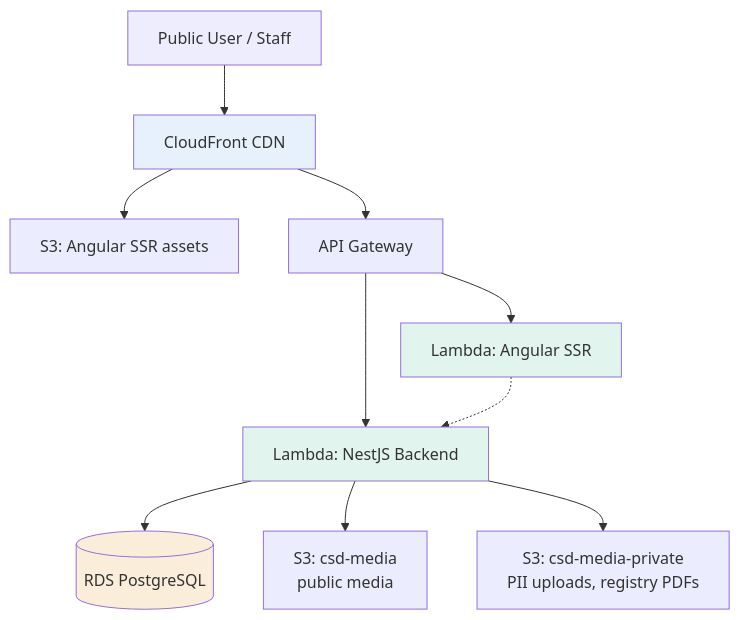
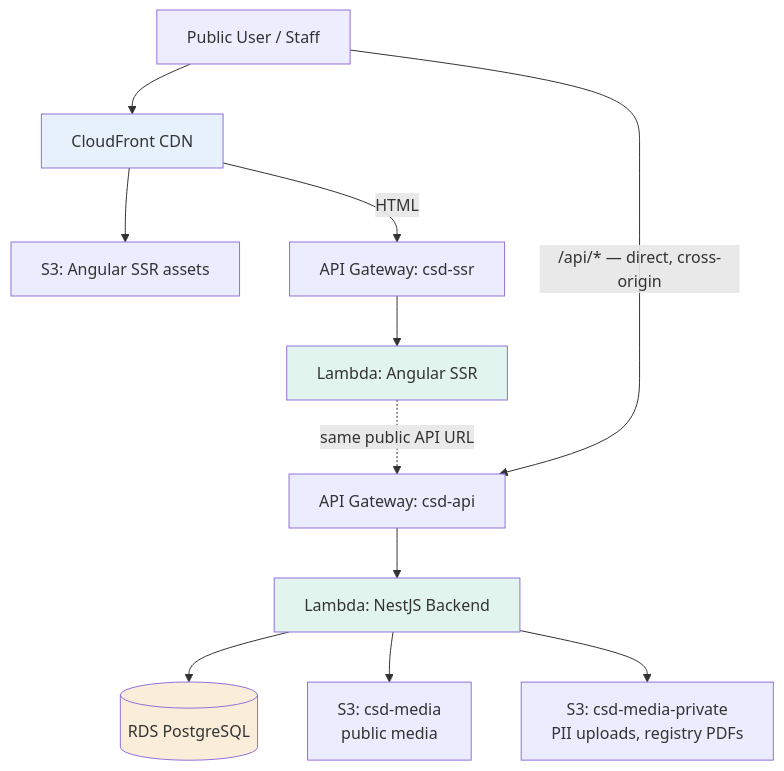
Before and after one commit to Endorrfin/csd: the first of 3 diagrams in docs/ARCHITECTURE.md, drawn with Mermaid. The commit also changed other lines of this file and 9 other files, not shown here.

````diff
--- a/docs/ARCHITECTURE.md
+++ b/docs/ARCHITECTURE.md
@@ -94,18 +94,19 @@
 ```mermaid
 graph TB
     User[Public User / Staff] --> CF[CloudFront CDN]
+    User -->|"/api/* — direct, cross-origin"| APIGWBE[API Gateway: csd-api]
     CF --> S3[S3: Angular SSR assets]
-    CF --> APIGW[API Gateway]
-    APIGW --> LambdaBE[Lambda: NestJS Backend]
-    APIGW --> LambdaUI[Lambda: Angular SSR]
+    CF -->|"HTML"| APIGWUI[API Gateway: csd-ssr]
+    APIGWBE --> LambdaBE[Lambda: NestJS Backend]
+    APIGWUI --> LambdaUI[Lambda: Angular SSR]
     LambdaBE --> RDS[(RDS PostgreSQL)]
     LambdaBE --> S3Media[S3: csd-media<br/>public media]
     LambdaBE --> S3Priv[S3: csd-media-private<br/>PII uploads, registry PDFs]
-    LambdaUI -.-> LambdaBE
+    LambdaUI -.->|"same public API URL"| APIGWBE
 
     style User fill:#EEEDFE
     style CF fill:#E6F1FB
     style LambdaBE fill:#E1F5EE
     style LambdaUI fill:#E1F5EE
     style RDS fill:#FAEEDA
 ```
````
